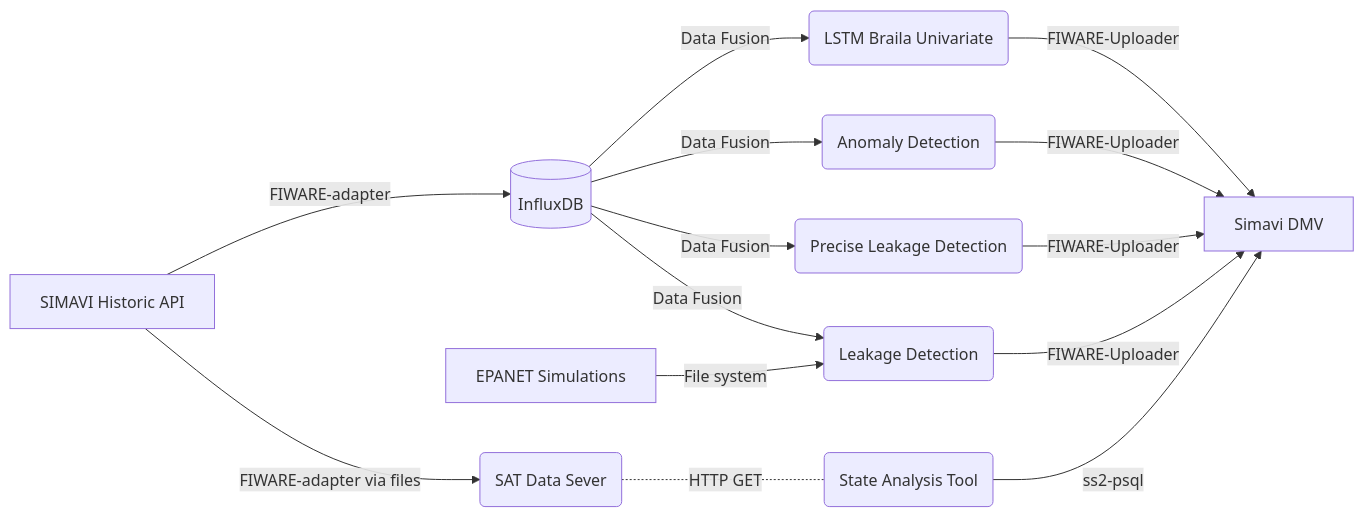
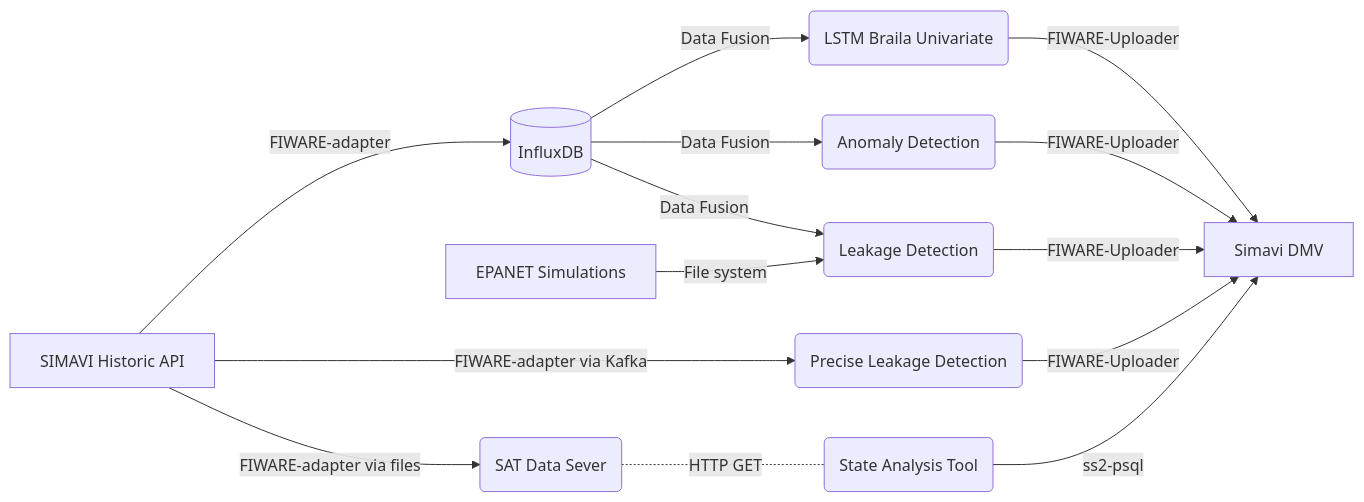
The third of 3 diagrams in README.md (naiades-jsi/documentation), drawn with Mermaid before and after one commit. The commit also changed other lines of this file, not shown here.

````diff
--- a/README.md
+++ b/README.md
@@ -265,16 +277,16 @@
 ```mermaid
 graph LR
     A[SIMAVI Historic API] --> |FIWARE-adapter| B[(InfluxDB)]
     G[EPANET Simulations] --> |File system| E
     B --> |Data Fusion| C(LSTM Braila Univariate)
     B --> |Data Fusion| D(Anomaly Detection)
-    B --> |Data Fusion| F(Precise Leakage Detection)
+    A --> |FIWARE-adapter via Kafka| F(Precise Leakage Detection)
     B --> |Data Fusion| E(Leakage Detection)
     A --> |FIWARE-adapter via files| H1(SAT Data Sever)
     H1 -.- |HTTP GET| H(State Analysis Tool)
     C --> |FIWARE-Uploader| X[Simavi DMV]
     D --> |FIWARE-Uploader| X
     E --> |FIWARE-Uploader| X
     H --> |ss2-psql| X
     F --> |FIWARE-Uploader| X
 ```
````
